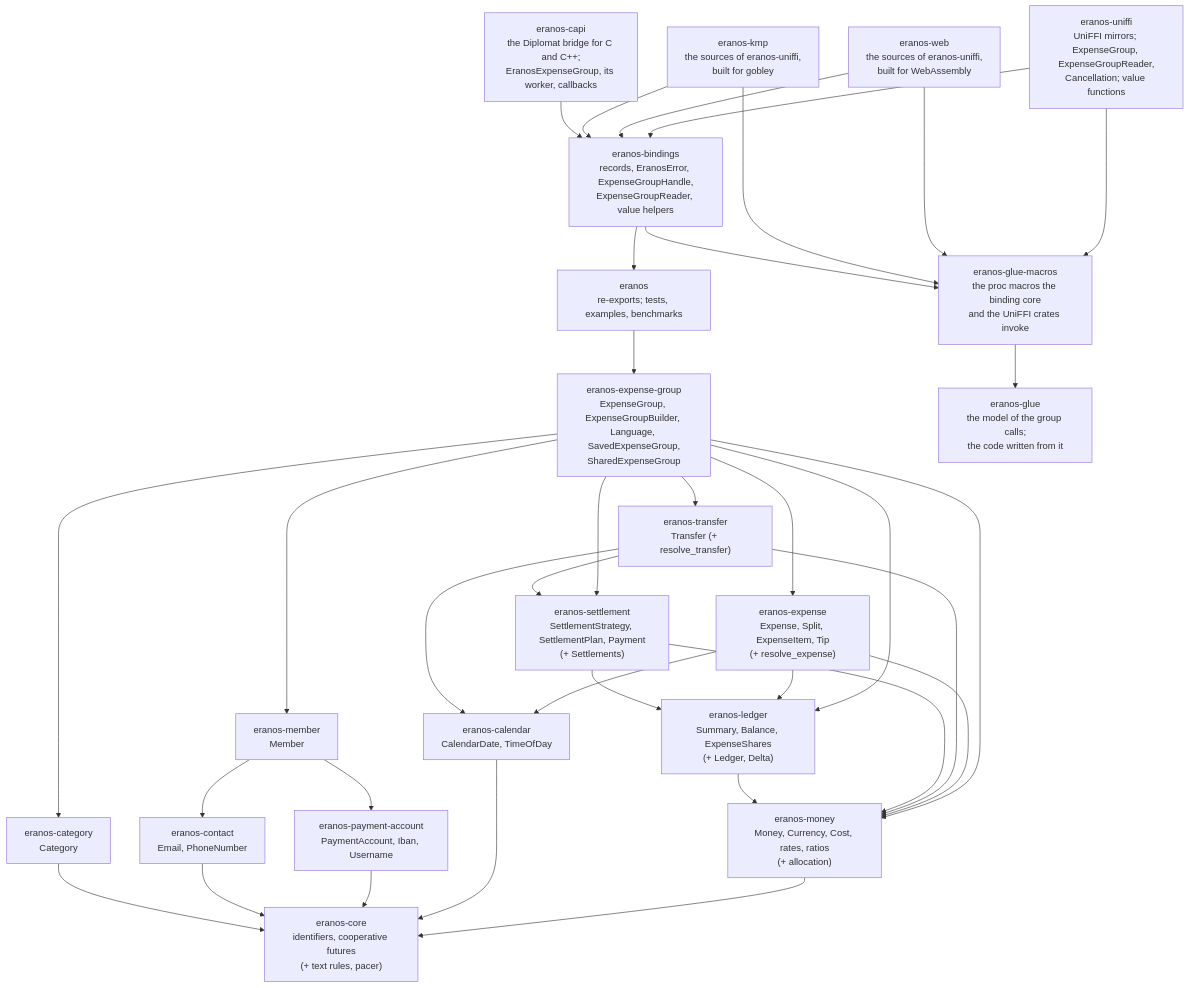
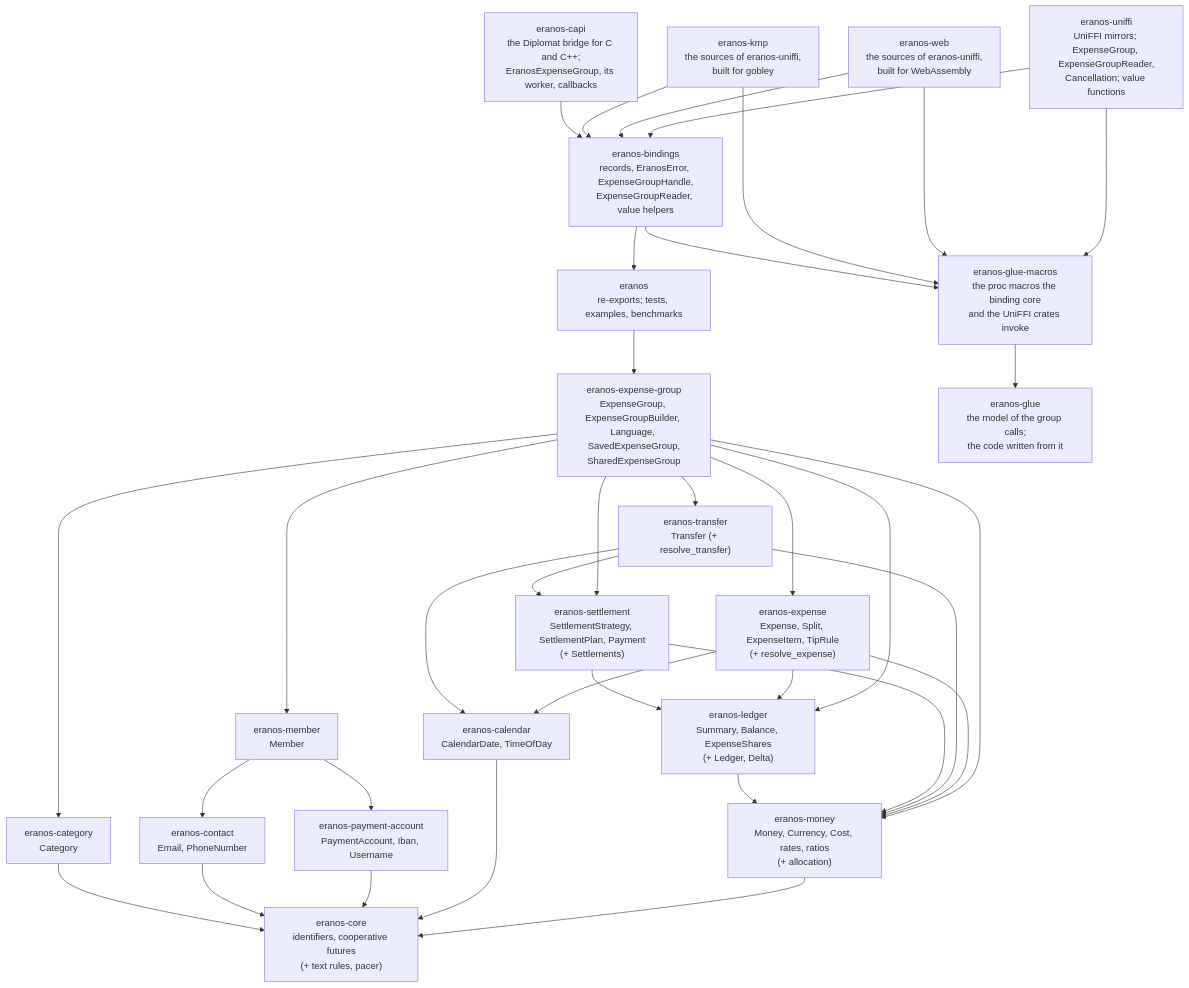
One commit to cristiancristea00/eranos changed the first of 3 diagrams in docs/ARCHITECTURE.md. Above: the diagram before and after it, drawn with Mermaid. The commit also changed other lines of this file and 64 other files, not shown here.

````diff
--- a/docs/ARCHITECTURE.md
+++ b/docs/ARCHITECTURE.md
@@ -86,57 +86,57 @@
 ```mermaid
 flowchart TD
     UNIFFI["eranos-uniffi<br/>UniFFI mirrors; ExpenseGroup, ExpenseGroupReader,<br/>Cancellation; value functions"]
     WEB["eranos-web<br/>the sources of eranos-uniffi,<br/>built for WebAssembly"]
     KMP["eranos-kmp<br/>the sources of eranos-uniffi,<br/>built for gobley"]
     CAPI["eranos-capi<br/>the Diplomat bridge for C and C++;<br/>EranosExpenseGroup, its worker, callbacks"]
     BINDINGS["eranos-bindings<br/>records, EranosError, ExpenseGroupHandle,<br/>ExpenseGroupReader, value helpers"]
     FACADE["eranos<br/>re-exports; tests, examples, benchmarks"]
     EXPENSE_GROUP["eranos-expense-group<br/>ExpenseGroup, ExpenseGroupBuilder, Language, SavedExpenseGroup,<br/>SharedExpenseGroup"]
-    EXPENSE["eranos-expense<br/>Expense, Split, ExpenseItem, Tip<br/>(+ resolve_expense)"]
+    EXPENSE["eranos-expense<br/>Expense, Split, ExpenseItem, TipRule<br/>(+ resolve_expense)"]
     TRANSFER["eranos-transfer<br/>Transfer (+ resolve_transfer)"]
     MEMBER["eranos-member<br/>Member"]
     CATEGORY["eranos-category<br/>Category"]
     SETTLEMENT["eranos-settlement<br/>SettlementStrategy, SettlementPlan, Payment<br/>(+ Settlements)"]
     PAYMENT_ACCOUNT["eranos-payment-account<br/>PaymentAccount, Iban, Username"]
     CONTACT["eranos-contact<br/>Email, PhoneNumber"]
     LEDGER["eranos-ledger<br/>Summary, Balance, ExpenseShares<br/>(+ Ledger, Delta)"]
     CALENDAR["eranos-calendar<br/>CalendarDate, TimeOfDay"]
     MONEY["eranos-money<br/>Money, Currency, Cost, rates, ratios<br/>(+ allocation)"]
     CORE["eranos-core<br/>identifiers, cooperative futures<br/>(+ text rules, pacer)"]
     MACROS["eranos-glue-macros<br/>the proc macros the binding core<br/>and the UniFFI crates invoke"]
     GLUE["eranos-glue<br/>the model of the group calls;<br/>the code written from it"]
     UNIFFI --> BINDINGS
     WEB --> BINDINGS
     KMP --> BINDINGS
     UNIFFI --> MACROS
     WEB --> MACROS
     KMP --> MACROS
     CAPI --> BINDINGS
     BINDINGS --> FACADE
     BINDINGS --> MACROS
     MACROS --> GLUE
     FACADE --> EXPENSE_GROUP
     EXPENSE_GROUP --> EXPENSE
     EXPENSE_GROUP --> TRANSFER
     EXPENSE_GROUP --> MEMBER
     EXPENSE_GROUP --> CATEGORY
     EXPENSE_GROUP --> SETTLEMENT
     EXPENSE_GROUP --> LEDGER
     EXPENSE_GROUP --> MONEY
     EXPENSE --> LEDGER
     EXPENSE --> CALENDAR
     EXPENSE --> MONEY
     TRANSFER --> SETTLEMENT
     TRANSFER --> CALENDAR
     TRANSFER --> MONEY
     MEMBER --> PAYMENT_ACCOUNT
     MEMBER --> CONTACT
     SETTLEMENT --> LEDGER
     SETTLEMENT --> MONEY
     LEDGER --> MONEY
     MONEY --> CORE
     CALENDAR --> CORE
     PAYMENT_ACCOUNT --> CORE
     CONTACT --> CORE
     CATEGORY --> CORE
 ```
````
